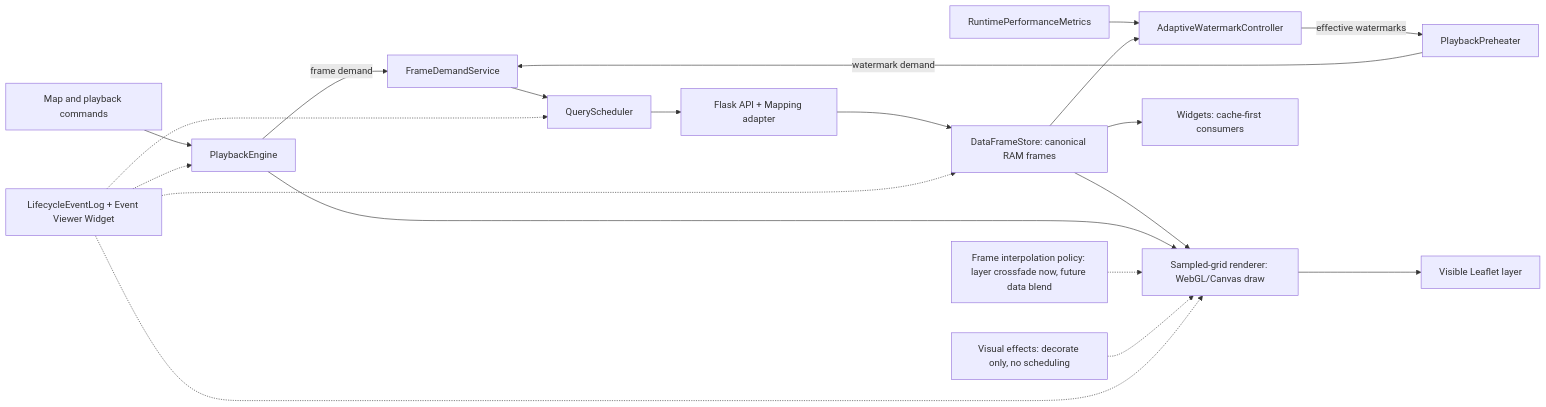
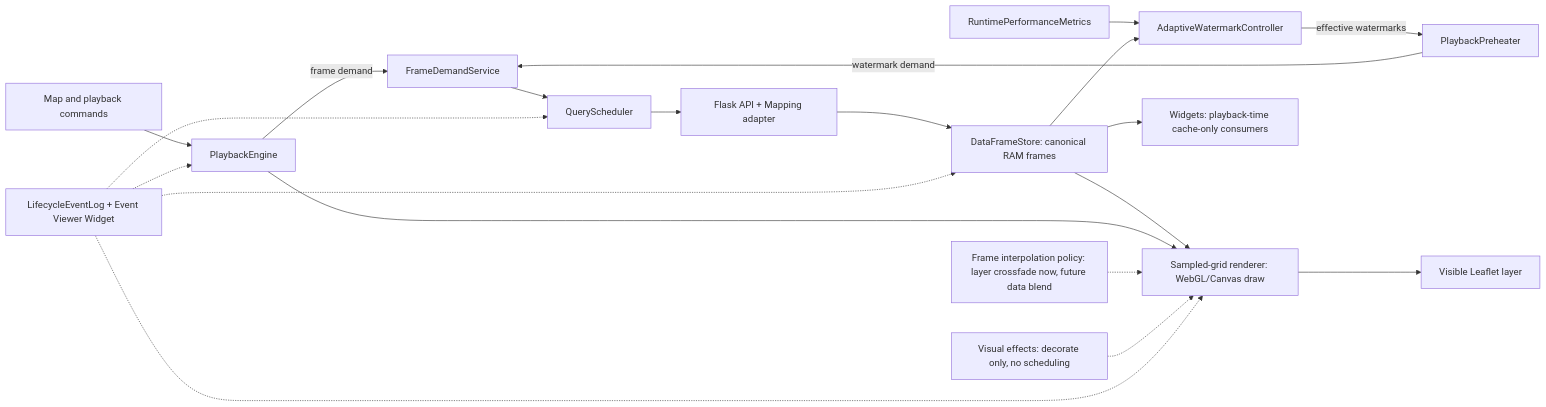
The second of 5 diagrams in README.md (Kagamihara-Ruruka/gfw-flask-mysql-adapter), drawn with Mermaid before and after one commit. The commit also changed other lines of this file and 56 other files, not shown here.

Commit message:
Stabilize playback cache and widget boundaries

````diff
--- a/README.md
+++ b/README.md
@@ -254,22 +256,22 @@
 ```mermaid
 flowchart LR
   UI["Map and playback commands"] --> Engine["PlaybackEngine"]
   Engine -->|"frame demand"| Demand["FrameDemandService"]
   Preheater["PlaybackPreheater"] -->|"watermark demand"| Demand
   Metrics["RuntimePerformanceMetrics"] --> Watermark["AdaptiveWatermarkController"]
   Store --> Watermark
   Watermark -->|"effective watermarks"| Preheater
   Demand --> Scheduler["QueryScheduler"]
   Scheduler --> Adapter["Flask API + Mapping adapter"]
   Adapter --> Store["DataFrameStore: canonical RAM frames"]
   Store --> Renderer["Sampled-grid renderer: WebGL/Canvas draw"]
-  Store --> Widgets["Widgets: cache-first consumers"]
+  Store --> Widgets["Widgets: playback-time cache-only consumers"]
   Engine --> Renderer
   Interp["Frame interpolation policy: layer crossfade now, future data blend"] -.-> Renderer
   Effects["Visual effects: decorate only, no scheduling"] -.-> Renderer
   Renderer --> Map["Visible Leaflet layer"]
   Events["LifecycleEventLog + Event Viewer Widget"] -.-> Engine
   Events -.-> Scheduler
   Events -.-> Store
   Events -.-> Renderer
 ```
````
